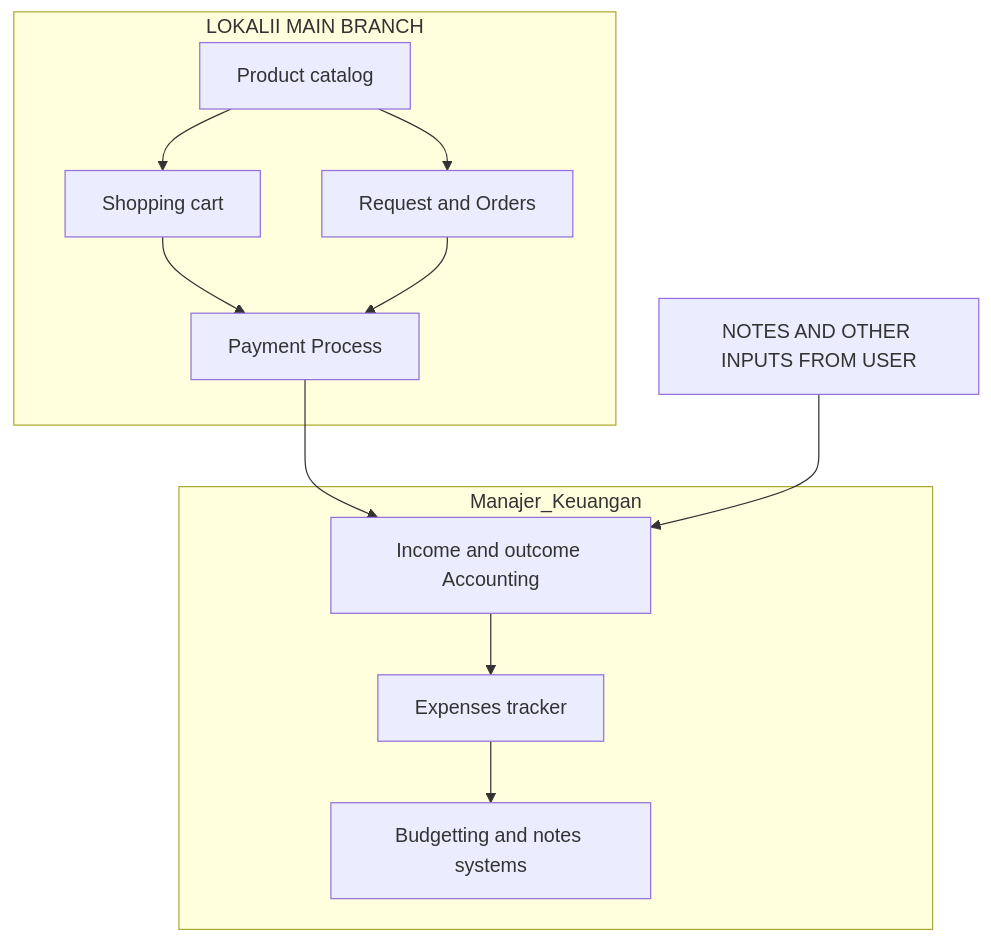
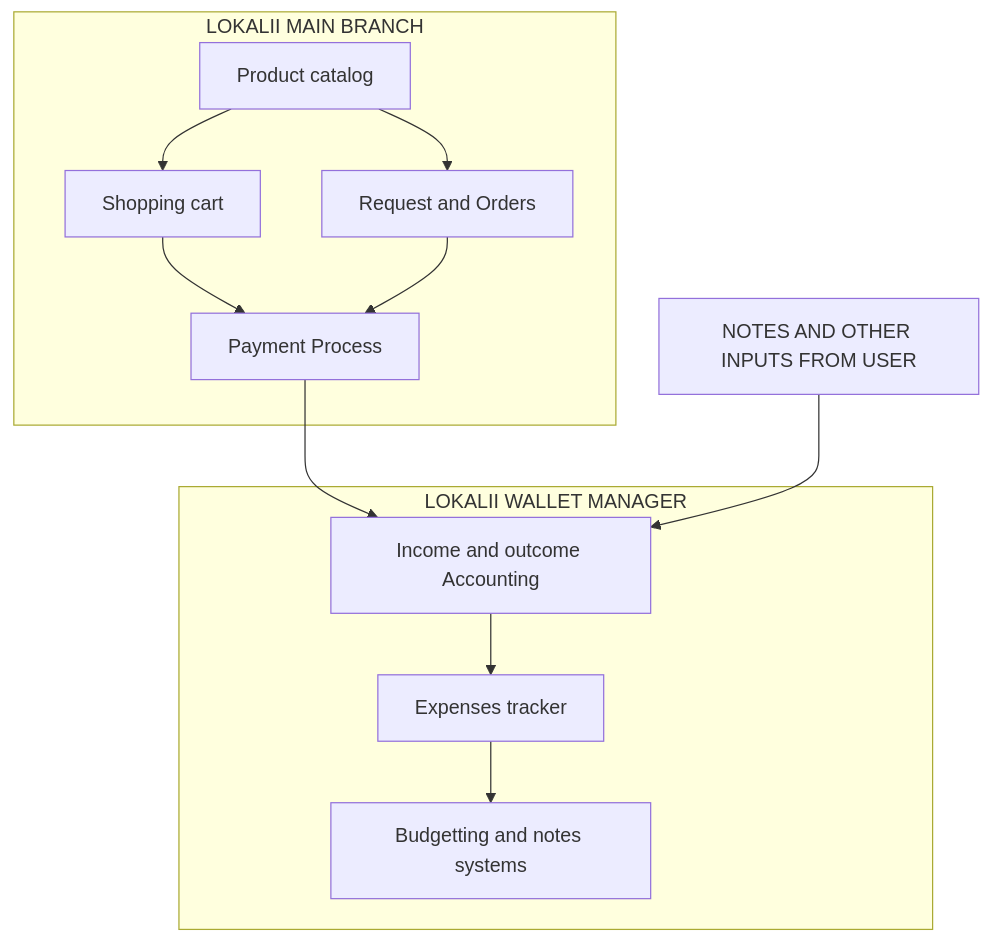
Before and after one commit to Fatihmaull/lokalii: the first of 2 diagrams in job-interview.md, drawn with Mermaid. The commit also changed other lines of this file, not shown here.

````diff
--- a/job-interview.md
+++ b/job-interview.md
@@ -76,25 +76,25 @@
 ```mermaid
 graph TD
   subgraph LOKALII MAIN BRANCH
     A[Shopping cart]
     B[Payment Process]
     C[Product catalog]
     D[Request and Orders]
   end
 
-  subgraph Manajer_Keuangan
+  subgraph LOKALII WALLET MANAGER
     E[Income and outcome Accounting]
     F[Expenses tracker]
     G[Budgetting and notes systems]
   end
     H[NOTES AND OTHER INPUTS FROM USER]
 
   A --> B
   B --> E
   C --> A
   C --> D
   D --> B
   E --> F --> G
   H --> E
   
 ```
````
